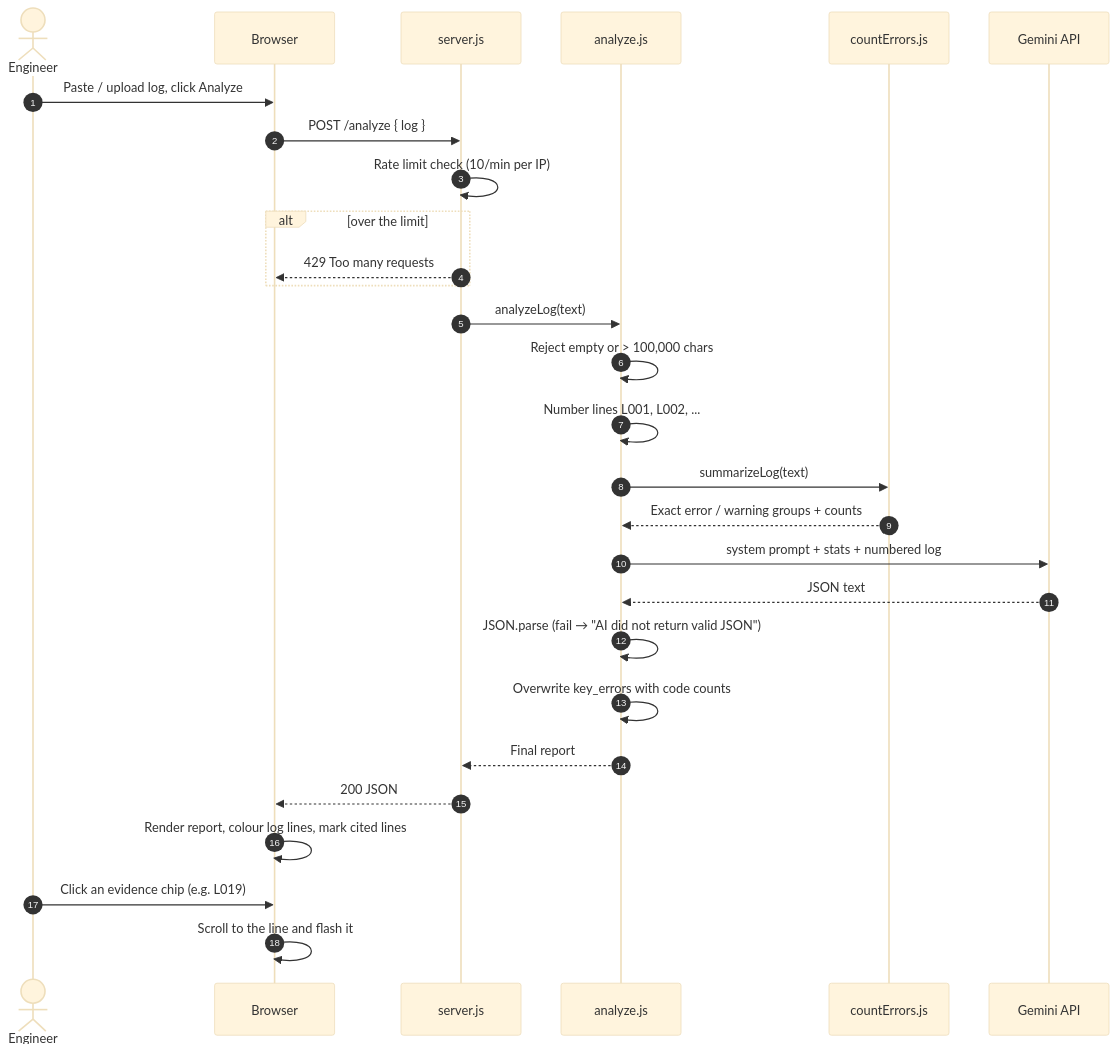
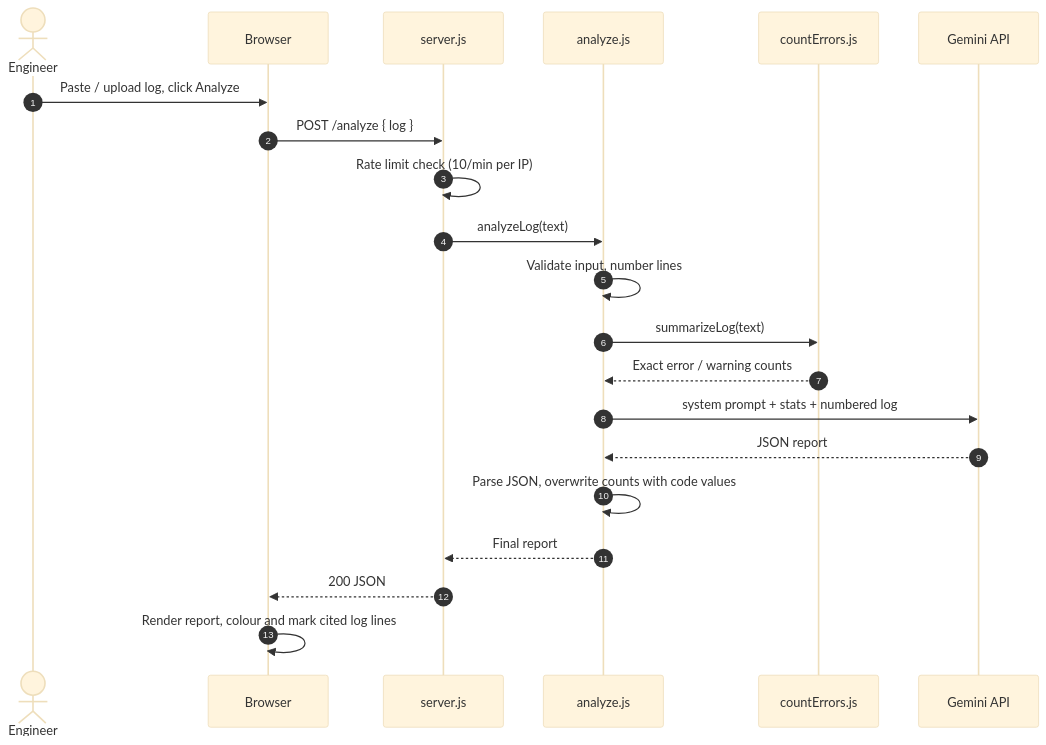
The second of 3 diagrams in README.md (nitishyadav108/incident-analyzer), drawn with Mermaid (base theme) before and after one commit. The commit also changed other lines of this file, not shown here.

````diff
--- a/README.md
+++ b/README.md
@@ -78,31 +37,24 @@
 ```mermaid
 sequenceDiagram
     autonumber
     actor E as Engineer
     participant B as Browser
     participant S as server.js
     participant A as analyze.js
     participant C as countErrors.js
     participant G as Gemini API
 
     E->>B: Paste / upload log, click Analyze
     B->>S: POST /analyze { log }
     S->>S: Rate limit check (10/min per IP)
-    alt over the limit
-        S-->>B: 429 Too many requests
-    end
     S->>A: analyzeLog(text)
-    A->>A: Reject empty or > 100,000 chars
-    A->>A: Number lines L001, L002, ...
+    A->>A: Validate input, number lines
     A->>C: summarizeLog(text)
-    C-->>A: Exact error / warning groups + counts
+    C-->>A: Exact error / warning counts
     A->>G: system prompt + stats + numbered log
-    G-->>A: JSON text
-    A->>A: JSON.parse (fail → "AI did not return valid JSON")
-    A->>A: Overwrite key_errors with code counts
+    G-->>A: JSON report
+    A->>A: Parse JSON, overwrite counts with code values
     A-->>S: Final report
     S-->>B: 200 JSON
-    B->>B: Render report, colour log lines, mark cited lines
-    E->>B: Click an evidence chip (e.g. L019)
-    B->>B: Scroll to the line and flash it
+    B->>B: Render report, colour and mark cited log lines
 ```
````
